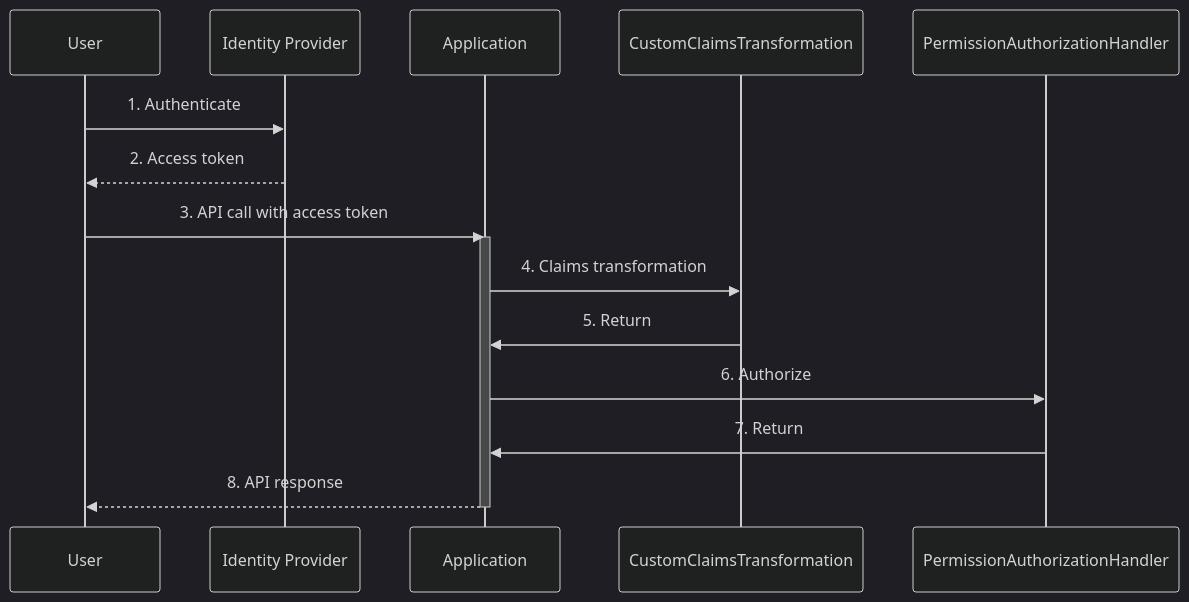
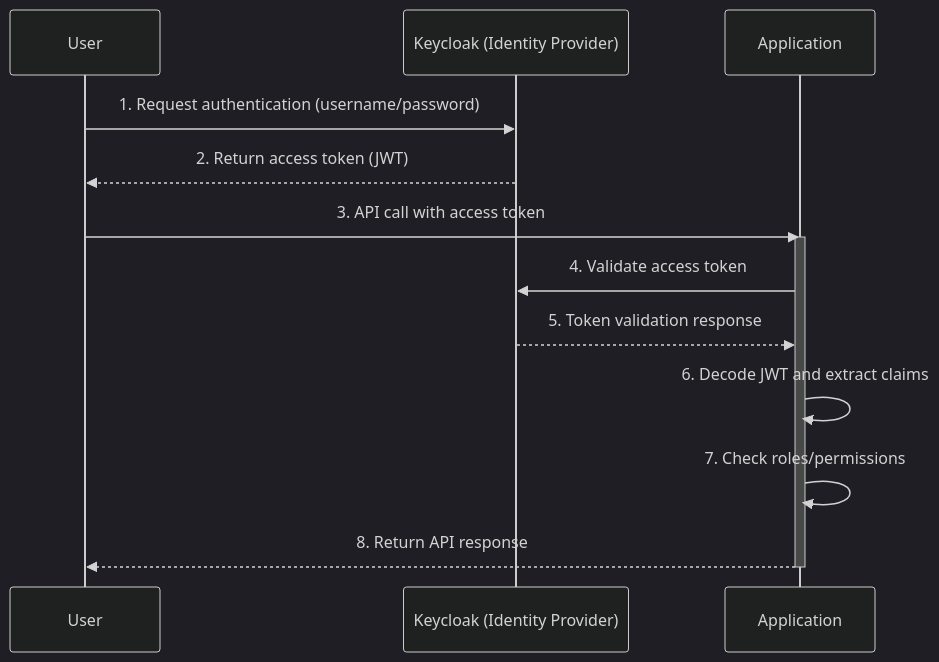
The seventh of 8 diagrams in README.md (thiago-molive/desafio-verity), drawn with Mermaid (dark theme) before and after one commit. The commit also changed other lines of this file and 201 other files, not shown here.

````diff
--- a/README.md
+++ b/README.md
@@ -289,19 +299,20 @@
 ```mermaid
 sequenceDiagram
     participant User
-    participant IdentityProvider as Identity Provider
+    participant Keycloak as Keycloak (Identity Provider)
     participant Application as Application
-    participant CustomClaimsTransformation as CustomClaimsTransformation
-    participant PermissionAuthorizationHandler as PermissionAuthorizationHandler
 
-    User ->> IdentityProvider: 1. Authenticate
-    IdentityProvider -->> User: 2. Access token
+    User ->> Keycloak: 1. Request authentication (username/password)
+    Keycloak -->> User: 2. Return access token (JWT)
+    
     User ->> Application: 3. API call with access token
     activate Application
-    Application ->> CustomClaimsTransformation: 4. Claims transformation
-    CustomClaimsTransformation ->> Application: 5. Return
-    Application ->> PermissionAuthorizationHandler: 6. Authorize
-    PermissionAuthorizationHandler ->> Application: 7. Return
-    Application -->> User: 8. API response
+    Application ->> Keycloak: 4. Validate access token
+    Keycloak -->> Application: 5. Token validation response
+    
+    Application ->> Application: 6. Decode JWT and extract claims
+    Application ->> Application: 7. Check roles/permissions
+    Application -->> User: 8. Return API response
     deactivate Application
+
 ```
````
